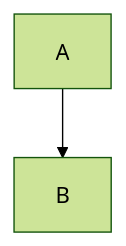
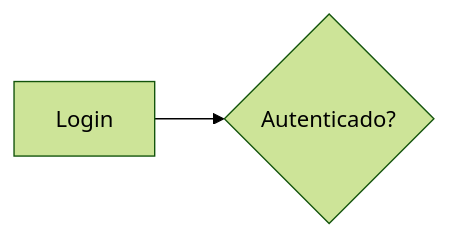
One commit to MiguelP-Dev/miguelp-dev.github.io changed the eighth of 10 diagrams in _pages/technologies/mermaid.md. Above: the diagram before and after it, drawn with Mermaid (forest theme). The commit also changed other lines of this file and 10 other files, not shown here.

Commit message:
feat: añade previsualizacion de diagramas mermaid y sus estilos respectivos

````diff
--- a/_pages/technologies/mermaid.md
+++ b/_pages/technologies/mermaid.md
@@ -179,5 +269,5 @@
 ```mermaid
-flowchart TB
-  %% Esto es un comentario
-  A --> B
+flowchart LR
+  %% Sección de autenticación
+  A[Login] --> B{Autenticado?}
 ```
````
